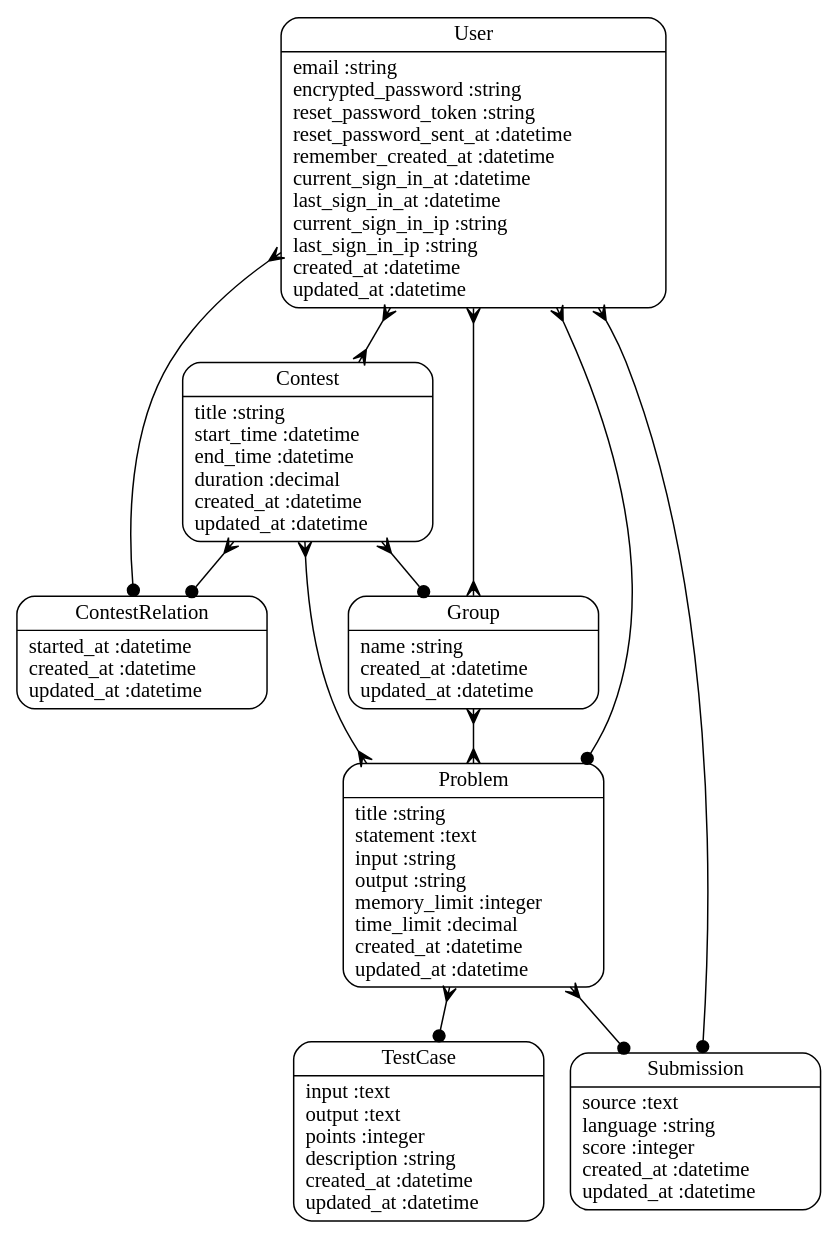
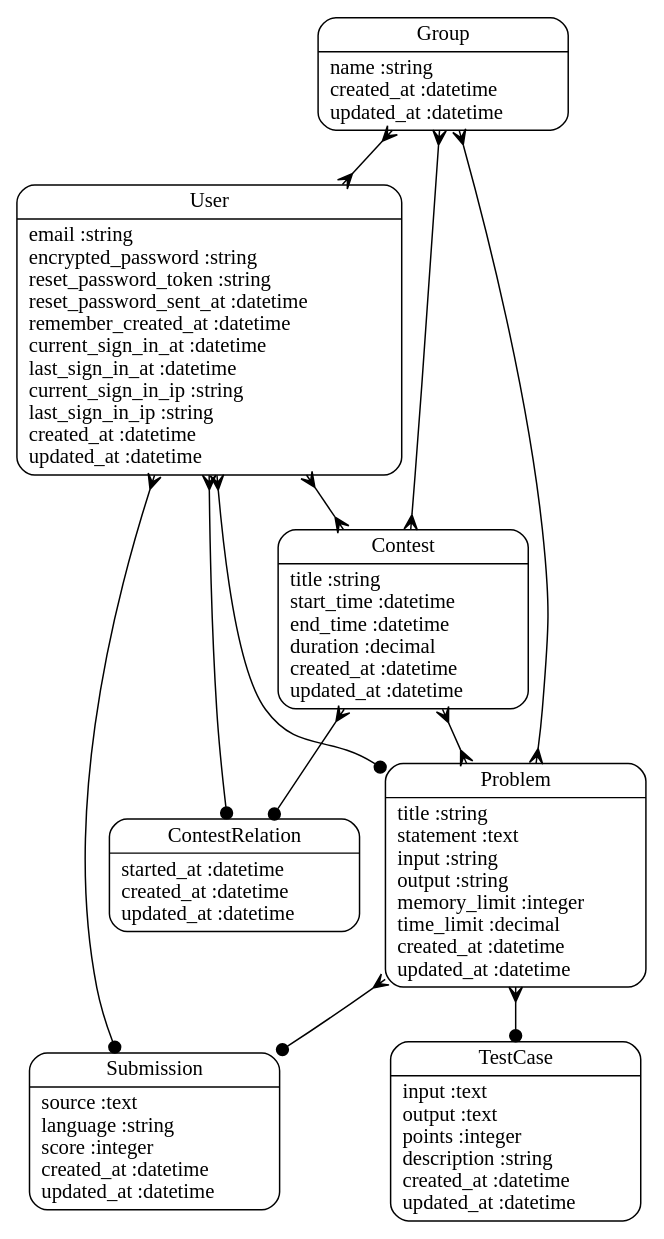
One commit to NZOI/nztrain changed the diagram in g.dot. Above: the diagram before and after it, drawn with Graphviz. The commit also changed 7 other files, not shown here.

```diff
--- a/g.dot
+++ b/g.dot
@@ -1,21 +1,21 @@
 digraph models_diagram {
 	graph[overlap=false, splines=true]
 	"User" [shape=Mrecord, label="{User|email :string\lencrypted_password :string\lreset_password_token :string\lreset_password_sent_at :datetime\lremember_created_at :datetime\lcurrent_sign_in_at :datetime\llast_sign_in_at :datetime\lcurrent_sign_in_ip :string\llast_sign_in_ip :string\lcreated_at :datetime\lupdated_at :datetime\l}"]
 	"Group" [shape=Mrecord, label="{Group|name :string\lcreated_at :datetime\lupdated_at :datetime\l}"]
 	"ContestRelation" [shape=Mrecord, label="{ContestRelation|started_at :datetime\lcreated_at :datetime\lupdated_at :datetime\l}"]
 	"TestCase" [shape=Mrecord, label="{TestCase|input :text\loutput :text\lpoints :integer\ldescription :string\lcreated_at :datetime\lupdated_at :datetime\l}"]
 	"Contest" [shape=Mrecord, label="{Contest|title :string\lstart_time :datetime\lend_time :datetime\lduration :decimal\lcreated_at :datetime\lupdated_at :datetime\l}"]
 	"Submission" [shape=Mrecord, label="{Submission|source :text\llanguage :string\lscore :integer\lcreated_at :datetime\lupdated_at :datetime\l}"]
 	"Problem" [shape=Mrecord, label="{Problem|title :string\lstatement :text\linput :string\loutput :string\lmemory_limit :integer\ltime_limit :decimal\lcreated_at :datetime\lupdated_at :datetime\l}"]
 	"User" -> "Problem" [arrowtail=crow, arrowhead=dot, dir=both]
 	"User" -> "Submission" [arrowtail=crow, arrowhead=dot, dir=both]
 	"User" -> "ContestRelation" [arrowtail=crow, arrowhead=dot, dir=both]
 	"User" -> "Contest" [arrowtail=crow, arrowhead=crow, dir=both]
 	"Group" -> "User" [arrowtail=crow, arrowhead=crow, dir=both]
 	"Group" -> "Problem" [arrowtail=crow, arrowhead=crow, dir=both]
+	"Group" -> "Contest" [arrowtail=crow, arrowhead=crow, dir=both]
 	"Contest" -> "Problem" [arrowtail=crow, arrowhead=crow, dir=both]
 	"Contest" -> "ContestRelation" [arrowtail=crow, arrowhead=dot, dir=both]
-	"Contest" -> "Group" [arrowtail=crow, arrowhead=dot, dir=both]
 	"Problem" -> "TestCase" [arrowtail=crow, arrowhead=dot, dir=both]
 	"Problem" -> "Submission" [arrowtail=crow, arrowhead=dot, dir=both]
 }
```
